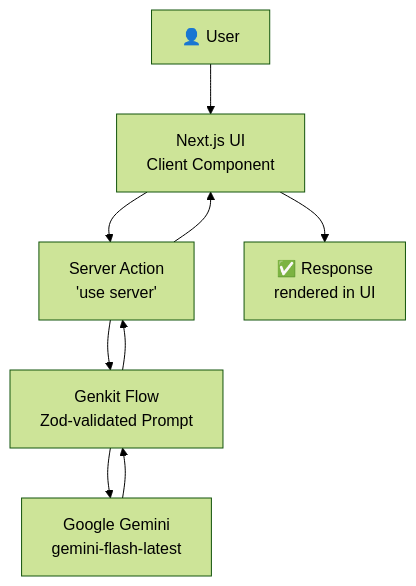
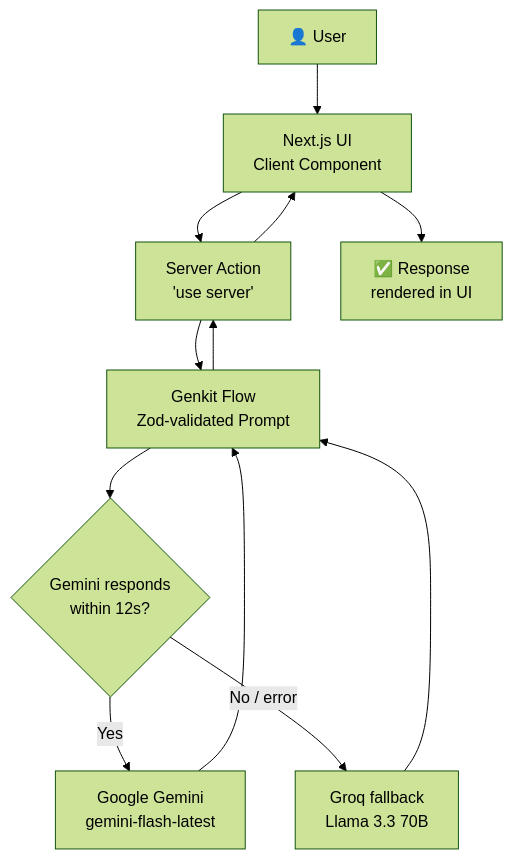
One commit to Vishupal-24/IdeaNova changed the diagram in README.md. Above: the diagram before and after it, drawn with Mermaid (forest theme). The commit also changed other lines of this file and 21 other files, not shown here.

Commit message:
feat: add Groq fallback for AI requests

````diff
--- a/README.md
+++ b/README.md
@@ -238,11 +251,14 @@
 ```mermaid
 flowchart TD
     A[👤 User] --> B[Next.js UI<br/>Client Component]
     B --> C[Server Action<br/>'use server']
     C --> D[Genkit Flow<br/>Zod-validated Prompt]
-    D --> E[Google Gemini<br/>gemini-flash-latest]
-    E --> D
+    D --> E{Gemini responds<br/>within 12s?}
+    E -->|Yes| F[Google Gemini<br/>gemini-flash-latest]
+    E -->|No / error| G[Groq fallback<br/>Llama 3.3 70B]
+    F --> D
+    G --> D
     D --> C
     C --> B
-    B --> F[✅ Response<br/>rendered in UI]
+    B --> H[✅ Response<br/>rendered in UI]
 ```
````
